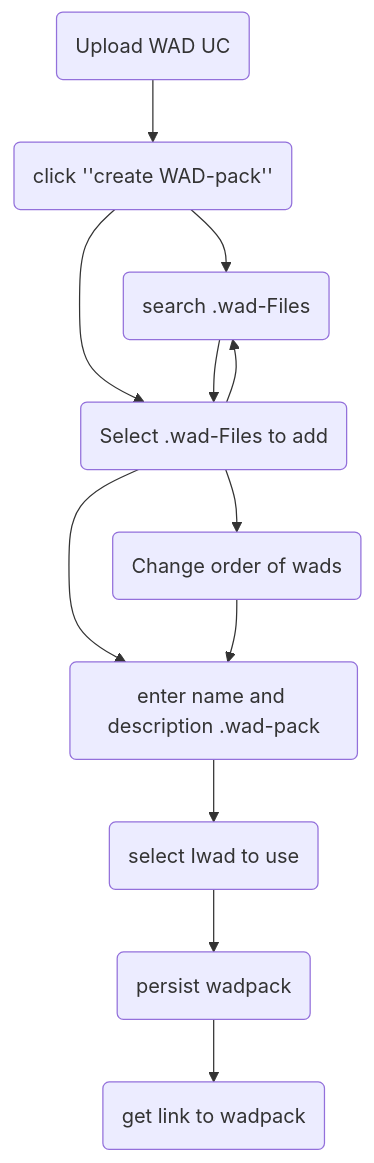
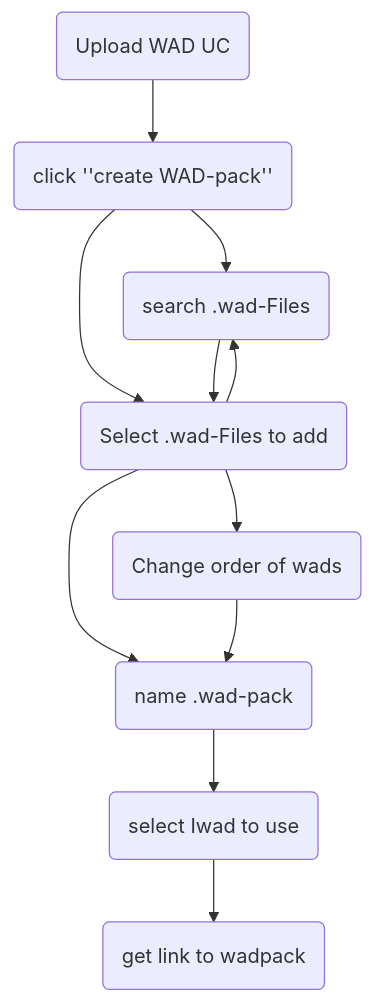
The fourth of 7 diagrams in documentation/usecases.md (Lukas-Hoernle/WAD-Loader-3), drawn with Mermaid before and after one commit. The commit also changed other lines of this file, not shown here.

````diff
--- a/documentation/usecases.md
+++ b/documentation/usecases.md
@@ -45,14 +43,13 @@
 ```mermaid
 graph
 A(Upload WAD UC) --> B(click ''create WAD-pack'')
     B --> Z(search .wad-Files)
     B --> C(Select .wad-Files to add)
     C --> Z
     Z --> C
     C --> X(Change order of wads) 
-    C --> D(enter name and description .wad-pack) 
+    C --> D(name .wad-pack) 
     X --> D
-    D --> P(select Iwad to use)
-    P --> Y(persist wadpack)
+    D --> Y(select Iwad to use)
     Y --> E(get link to wadpack)
 ```
````
